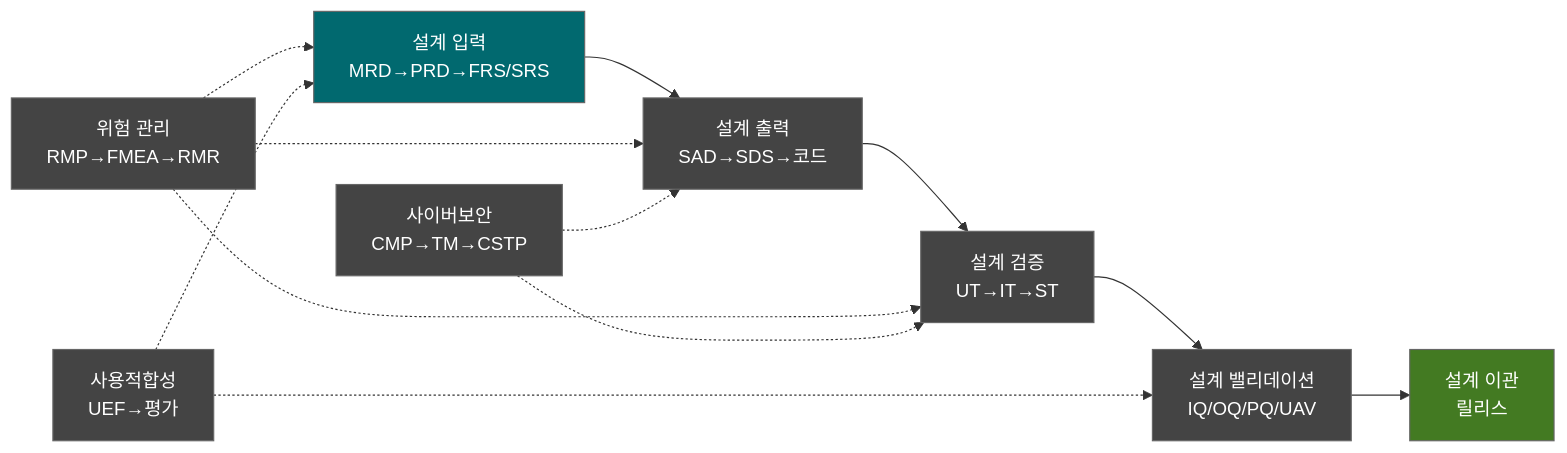
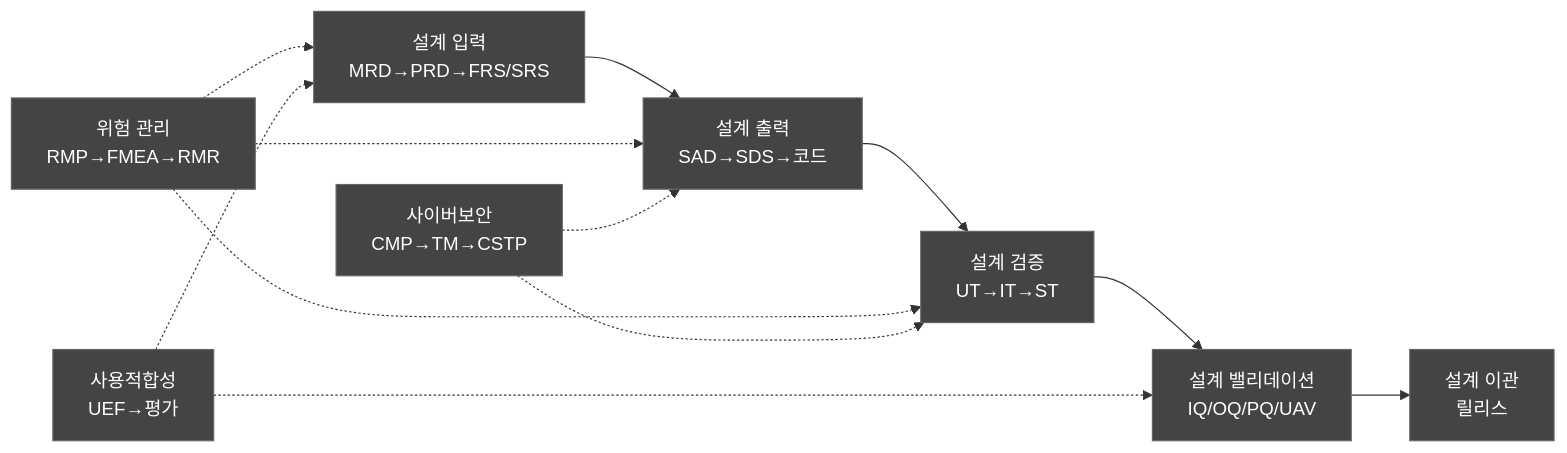
The second of 2 diagrams in docs/regulatory/DOC-035_DHF_v1.0.md (holee9/console-gui), drawn with Mermaid before and after one commit. The commit also changed other lines of this file and 35 other files, not shown here.

First line of the commit message:
fix: 전체 Mermaid 차트 색상 진한 회색 통일

````diff
--- a/docs/regulatory/DOC-035_DHF_v1.0.md
+++ b/docs/regulatory/DOC-035_DHF_v1.0.md
@@ -138,21 +138,21 @@
 ```mermaid
 flowchart LR
     classDef default fill:#444,stroke:#666,color:#fff
     DI[설계 입력<br/>MRD→PRD→FRS/SRS] --> DO[설계 출력<br/>SAD→SDS→코드]
     DO --> DV_V[설계 검증<br/>UT→IT→ST]
     DV_V --> DVL_V[설계 밸리데이션<br/>IQ/OQ/PQ/UAV]
     DVL_V --> DT[설계 이관<br/>릴리스]
     
     RM_P[위험 관리<br/>RMP→FMEA→RMR] -.-> DI
     RM_P -.-> DO
     RM_P -.-> DV_V
     
     CS_P[사이버보안<br/>CMP→TM→CSTP] -.-> DO
     CS_P -.-> DV_V
     
     UE_P[사용적합성<br/>UEF→평가] -.-> DI
     UE_P -.-> DVL_V
     
-    style DI fill:#01696F,color:#fff
-    style DT fill:#437A22,color:#fff
+    style DI fill:#444,color:#fff
+    style DT fill:#444,color:#fff
 ```
````
